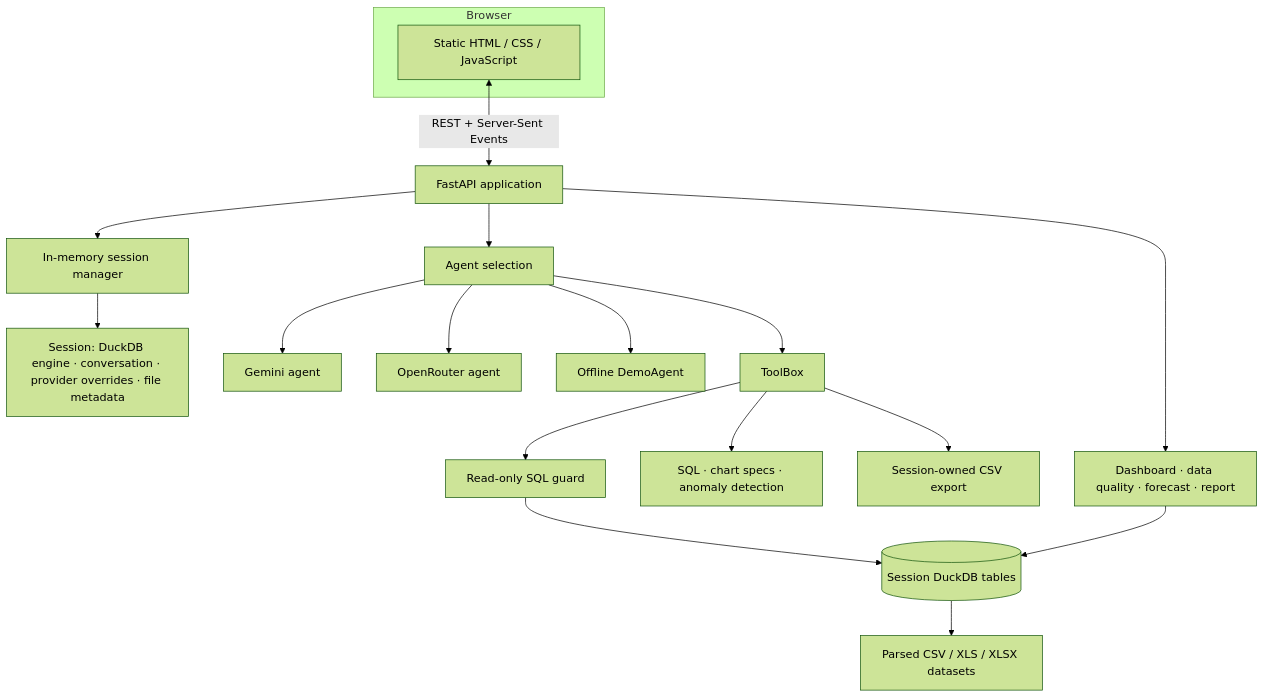
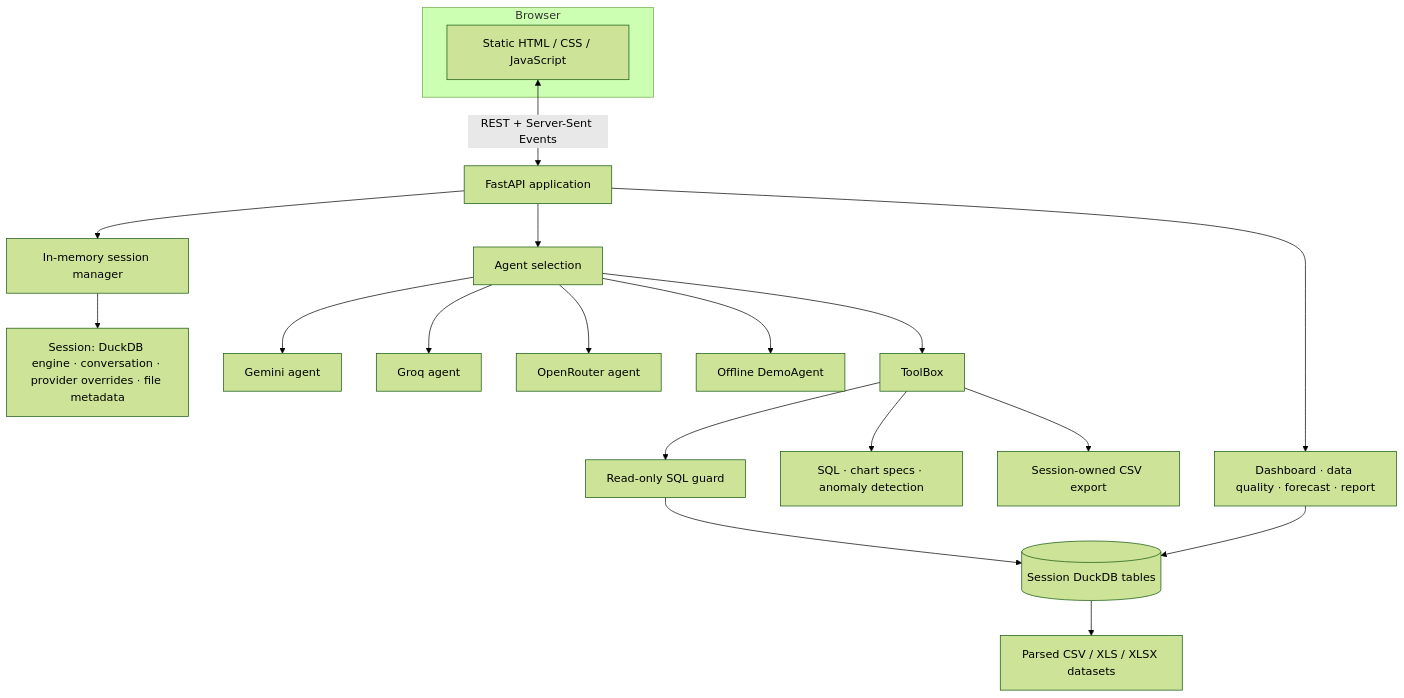
One commit to mayankrajray/ask-csv changed the first of 2 diagrams in docs/architecture.md. Above: the diagram before and after it, drawn with Mermaid (forest theme). The commit also changed other lines of this file and 14 other files, not shown here.

````diff
--- a/docs/architecture.md
+++ b/docs/architecture.md
@@ -5,21 +5,22 @@
 ```mermaid
 flowchart TD
   subgraph Client[Browser]
     UI[Static HTML / CSS / JavaScript]
   end
   UI <-->|REST + Server-Sent Events| API[FastAPI application]
   API --> Sessions[In-memory session manager]
   Sessions --> State[Session: DuckDB engine · conversation · provider overrides · file metadata]
   API --> Agent[Agent selection]
   Agent --> Gemini[Gemini agent]
+  Agent --> Groq[Groq agent]
   Agent --> OpenRouter[OpenRouter agent]
   Agent --> Demo[Offline DemoAgent]
   Agent --> Tools[ToolBox]
   Tools --> SQL[Read-only SQL guard]
   SQL --> DB[(Session DuckDB tables)]
   DB --> Data[Parsed CSV / XLS / XLSX datasets]
   Tools --> Views[SQL · chart specs · anomaly detection]
   API --> Analytics[Dashboard · data quality · forecast · report]
   Analytics --> DB
   Tools --> Export[Session-owned CSV export]
 ```
````
